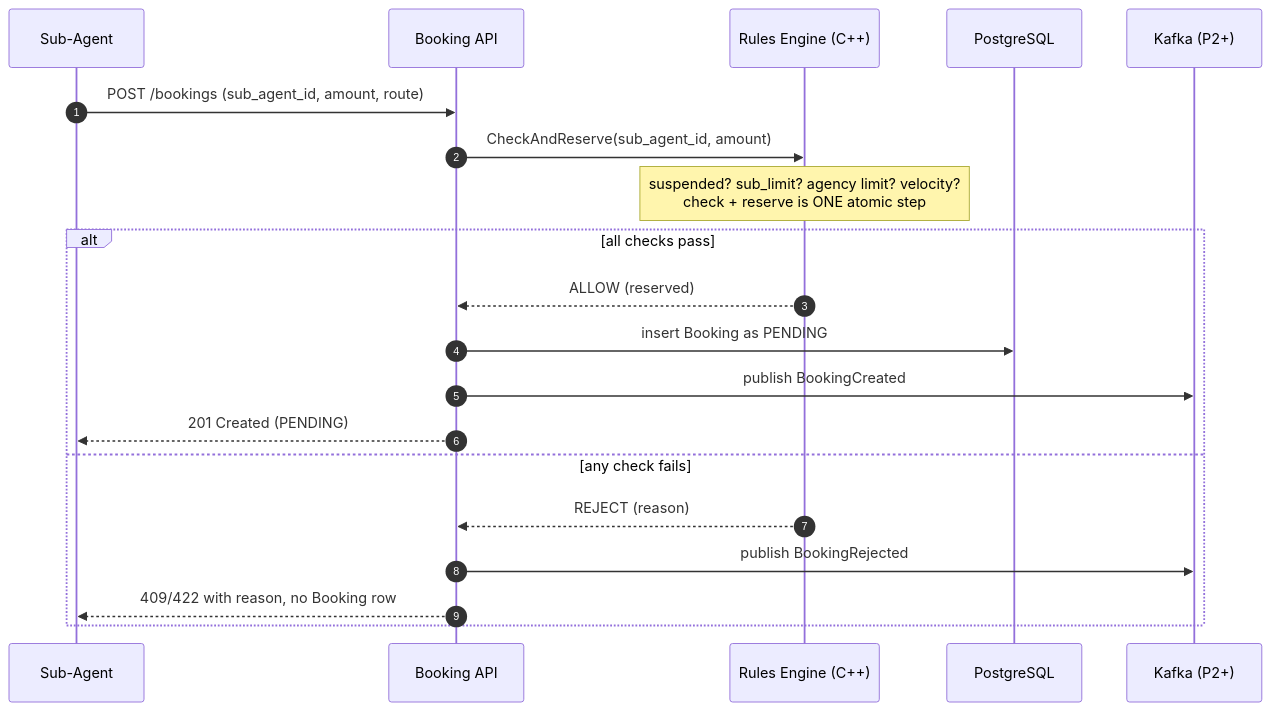
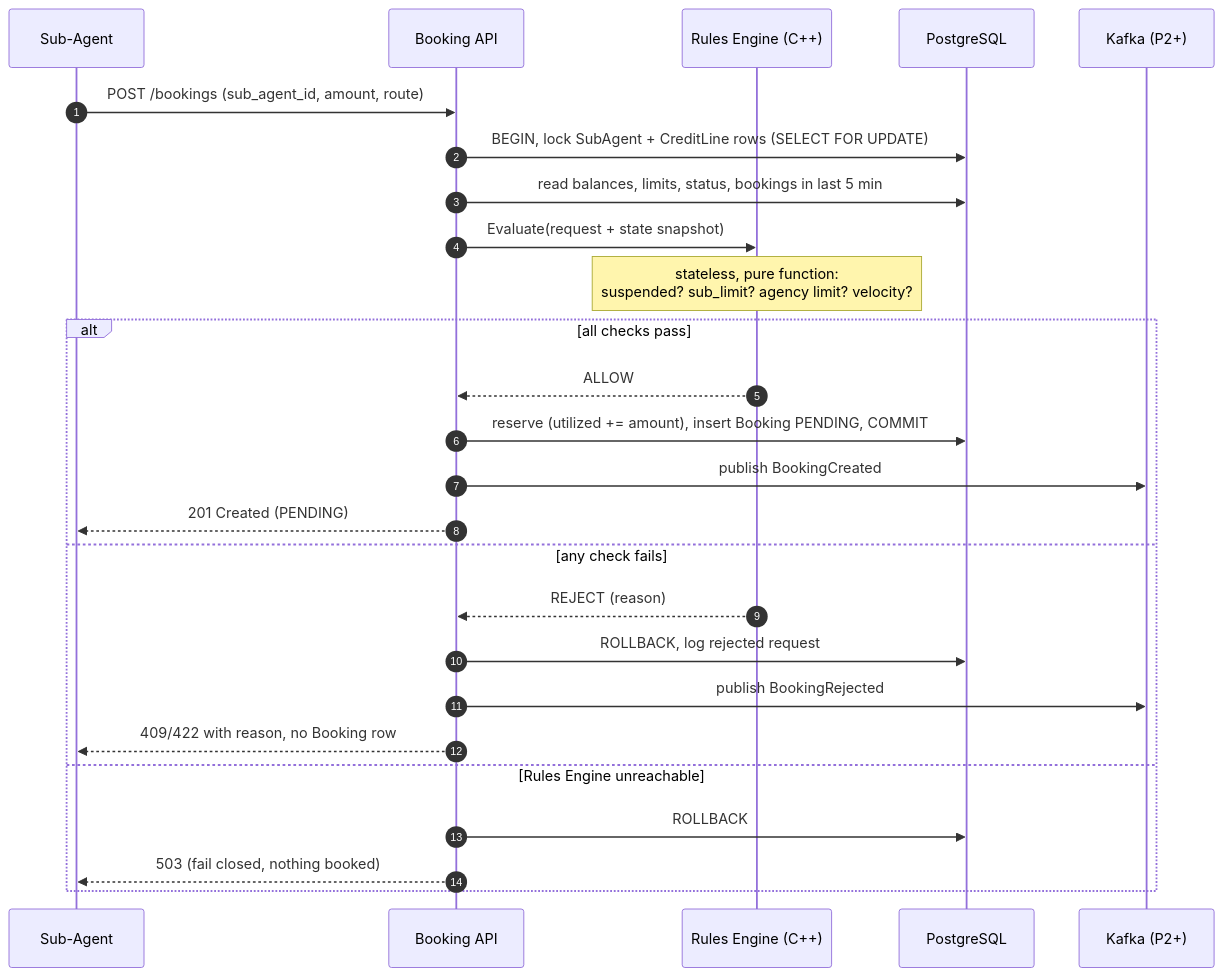
One commit to Anshuman2101/FareGaurd changed the second of 3 diagrams in docs/hld/03-system-architecture.md. Above: the diagram before and after it, drawn with Mermaid. The commit also changed other lines of this file, not shown here.

Commit message:
docs: record Phase 1 design decisions (DB-owned balances, stateless engine, velocity rule)

````diff
--- a/docs/hld/03-system-architecture.md
+++ b/docs/hld/03-system-architecture.md
@@ -60,23 +58,29 @@
 ```mermaid
 sequenceDiagram
     autonumber
     participant SA as Sub-Agent
     participant API as Booking API
     participant RE as Rules Engine (C++)
     participant DB as PostgreSQL
     participant K as Kafka (P2+)
 
     SA->>API: POST /bookings (sub_agent_id, amount, route)
-    API->>RE: CheckAndReserve(sub_agent_id, amount)
-    Note over RE: suspended? sub_limit? agency limit? velocity?<br/>check + reserve is ONE atomic step
+    API->>DB: BEGIN, lock SubAgent + CreditLine rows (SELECT FOR UPDATE)
+    API->>DB: read balances, limits, status, bookings in last 5 min
+    API->>RE: Evaluate(request + state snapshot)
+    Note over RE: stateless, pure function:<br/>suspended? sub_limit? agency limit? velocity?
     alt all checks pass
-        RE-->>API: ALLOW (reserved)
-        API->>DB: insert Booking as PENDING
+        RE-->>API: ALLOW
+        API->>DB: reserve (utilized += amount), insert Booking PENDING, COMMIT
         API->>K: publish BookingCreated
         API-->>SA: 201 Created (PENDING)
     else any check fails
         RE-->>API: REJECT (reason)
+        API->>DB: ROLLBACK, log rejected request
         API->>K: publish BookingRejected
         API-->>SA: 409/422 with reason, no Booking row
+    else Rules Engine unreachable
+        API->>DB: ROLLBACK
+        API-->>SA: 503 (fail closed, nothing booked)
     end
 ```
````
